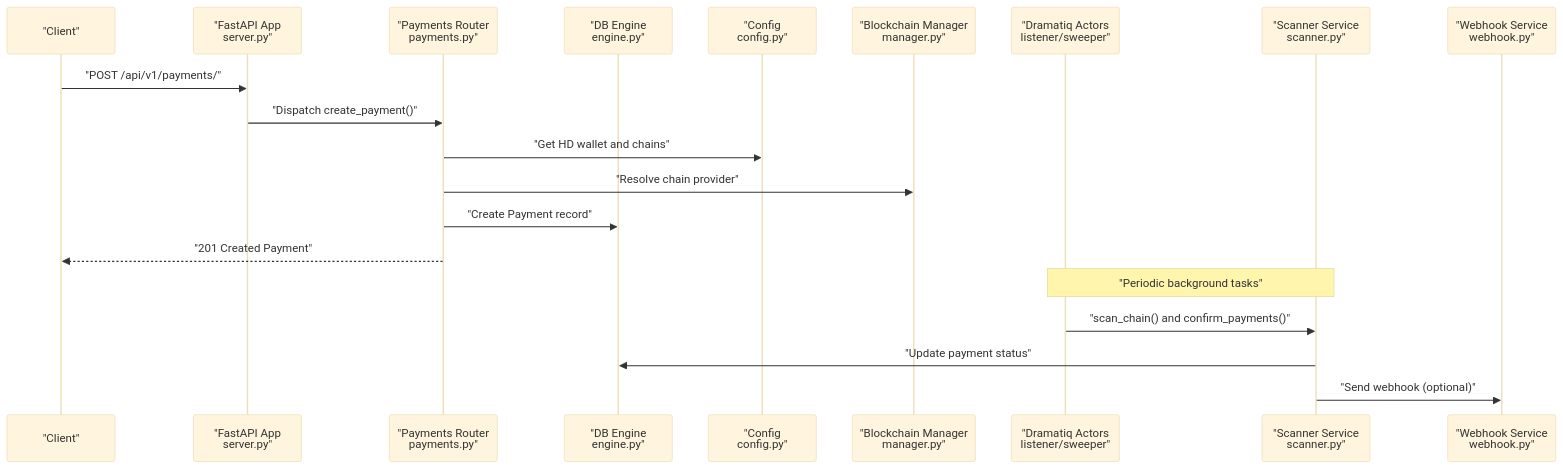
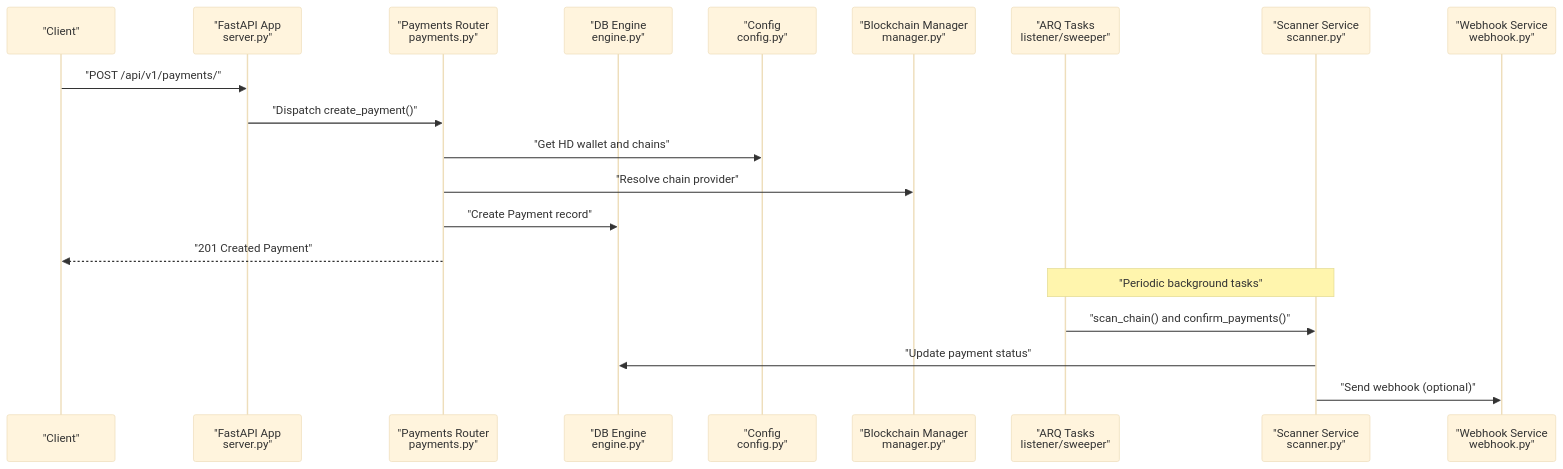
One commit to rakibhossain72/ctrip-docs changed the second of 9 diagrams in docs/advanced-topics/monitoring-and-observability.md. Above: the diagram before and after it, drawn with Mermaid (base theme). The commit also changed other lines of this file and 25 other files, not shown here.

First line of the commit message:
docs: Update documentation to reflect ARQ task migration from Dramatiq

````diff
--- a/docs/advanced-topics/monitoring-and-observability.md
+++ b/docs/advanced-topics/monitoring-and-observability.md
@@ -143,22 +143,22 @@
 ```mermaid
 sequenceDiagram
 participant Client as "Client"
 participant API as "FastAPI App<br/>server.py"
 participant Pay as "Payments Router<br/>payments.py"
 participant DB as "DB Engine<br/>engine.py"
 participant Cfg as "Config<br/>config.py"
 participant Chains as "Blockchain Manager<br/>manager.py"
-participant Worker as "Dramatiq Actors<br/>listener/sweeper"
+participant Worker as "ARQ Tasks<br/>listener/sweeper"
 participant Scan as "Scanner Service<br/>scanner.py"
 participant Hook as "Webhook Service<br/>webhook.py"
 Client->>API : "POST /api/v1/payments/"
 API->>Pay : "Dispatch create_payment()"
 Pay->>Cfg : "Get HD wallet and chains"
 Pay->>Chains : "Resolve chain provider"
 Pay->>DB : "Create Payment record"
 Pay-->>Client : "201 Created Payment"
 Note over Worker,Scan : "Periodic background tasks"
 Worker->>Scan : "scan_chain() and confirm_payments()"
 Scan->>DB : "Update payment status"
 Scan->>Hook : "Send webhook (optional)"
 ```
````
